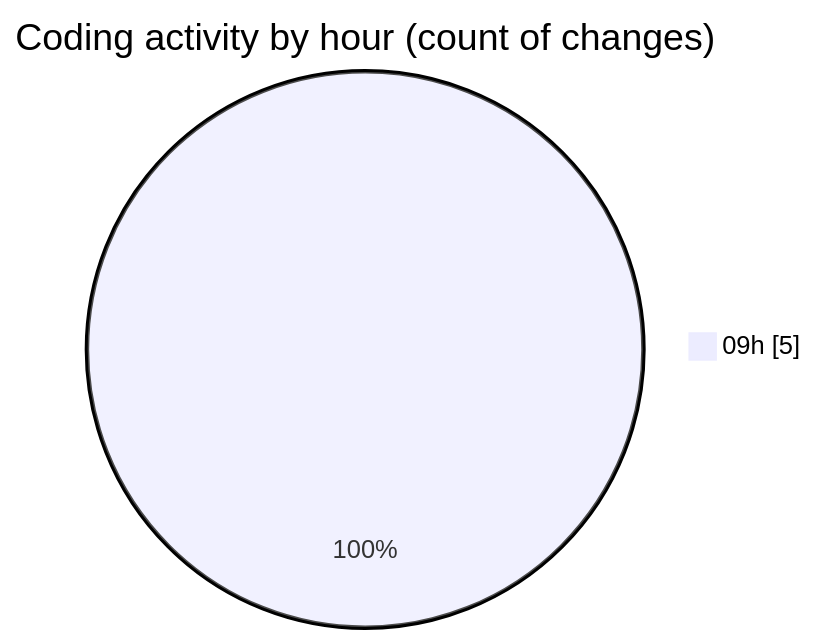
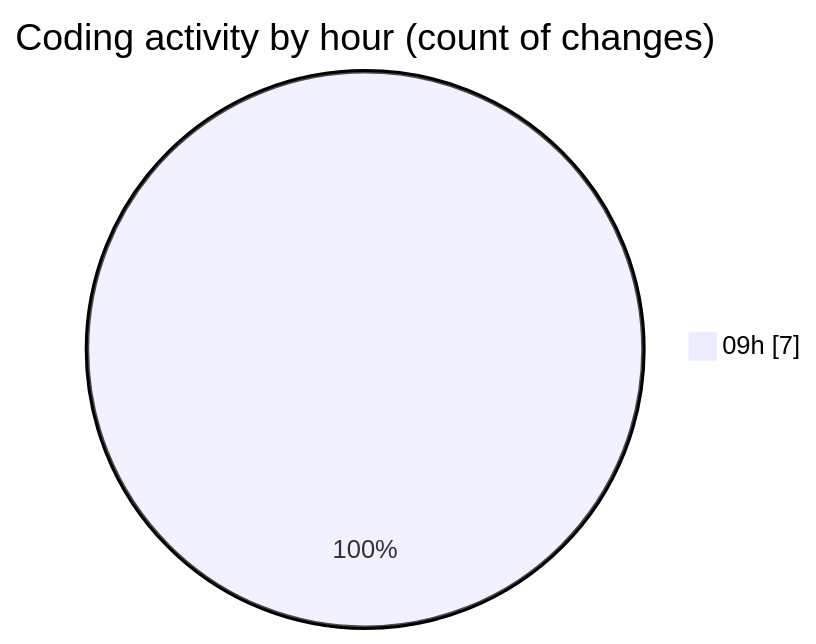
The second of 2 diagrams in 2025-05-08/react/README.md (BS-eng2023/code-tracking), drawn with Mermaid before and after one commit. The commit also changed other lines of this file and 1 other file, not shown here.

````diff
--- a/2025-05-08/react/README.md
+++ b/2025-05-08/react/README.md
@@ -30,5 +31,5 @@
 ```mermaid
 pie showData
 title Coding activity by hour (count of changes)
-"09h" : 5
+"09h" : 7
 ```
````
